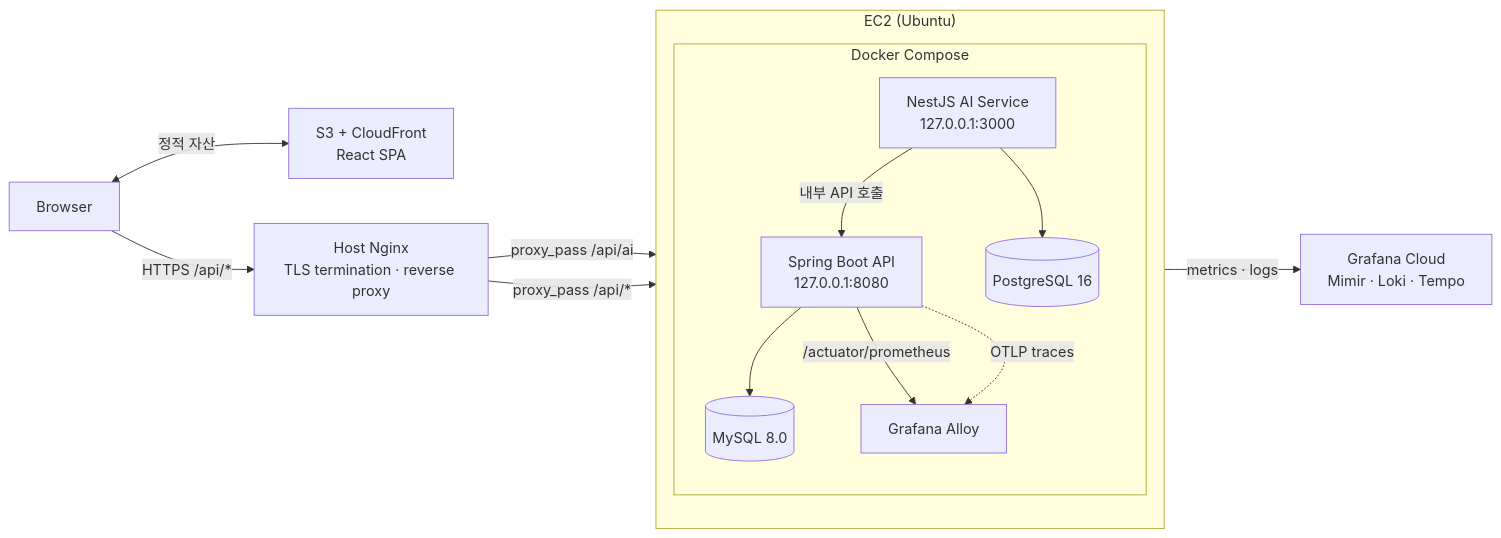
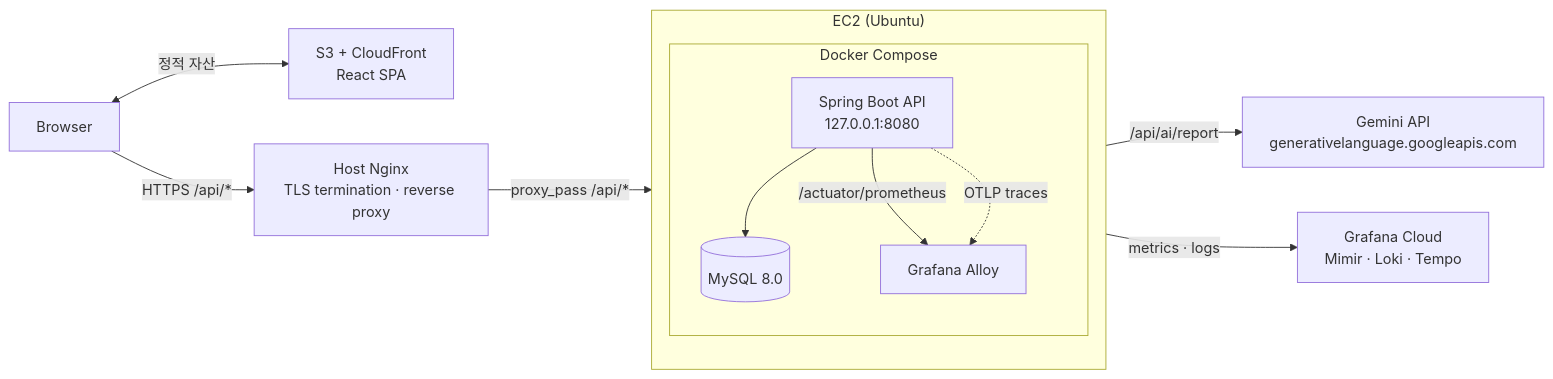
Before and after one commit to g1ennk/FlowMate: the first of 4 diagrams in docs/architecture.md, drawn with Mermaid. The commit also changed other lines of this file and 3 other files, not shown here.

````diff
--- a/docs/architecture.md
+++ b/docs/architecture.md
@@ -14,29 +14,26 @@
 ```mermaid
 flowchart LR
     Browser["Browser"]
     CDN["S3 + CloudFront<br/>React SPA"]
     Nginx["Host Nginx<br/>TLS termination · reverse proxy"]
 
     subgraph EC2["EC2 (Ubuntu)"]
         direction TB
         subgraph Compose["Docker Compose"]
             Backend["Spring Boot API<br/>127.0.0.1:8080"]
             MySQL[("MySQL 8.0")]
-            AIService["NestJS AI Service<br/>127.0.0.1:3000"]
-            Postgres[("PostgreSQL 16")]
             Alloy["Grafana Alloy"]
         end
     end
 
     Grafana["Grafana Cloud<br/>Mimir · Loki · Tempo"]
+    Gemini["Gemini API<br/>generativelanguage.googleapis.com"]
     Browser <-->|정적 자산| CDN
     Browser -->|HTTPS /api/*| Nginx
-    Nginx -->|proxy_pass /api/ai| AIService
     Nginx -->|proxy_pass /api/*| Backend
     Backend --> MySQL
-    AIService --> Postgres
-    AIService -->|내부 API 호출| Backend
+    Backend -->|/api/ai/report| Gemini
     Backend -->|/actuator/prometheus| Alloy
     Backend -.->|OTLP traces| Alloy
     Alloy -->|metrics · logs| Grafana
 ```
````
